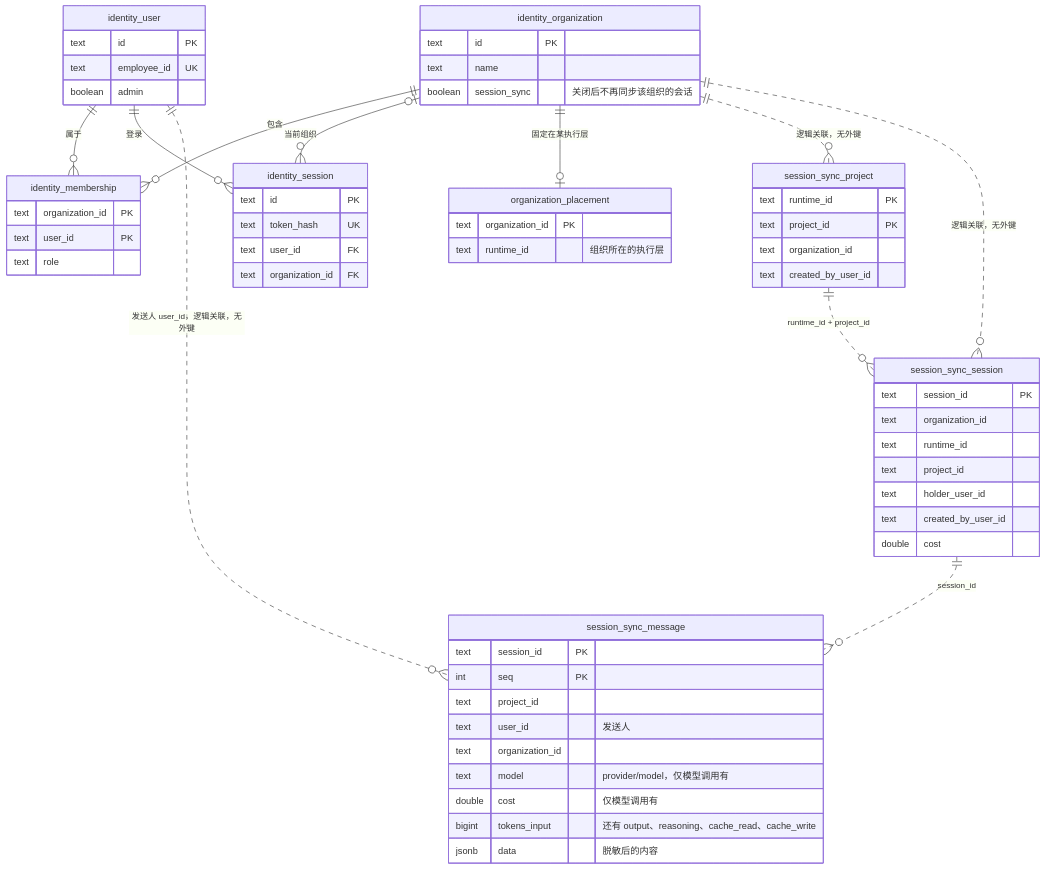
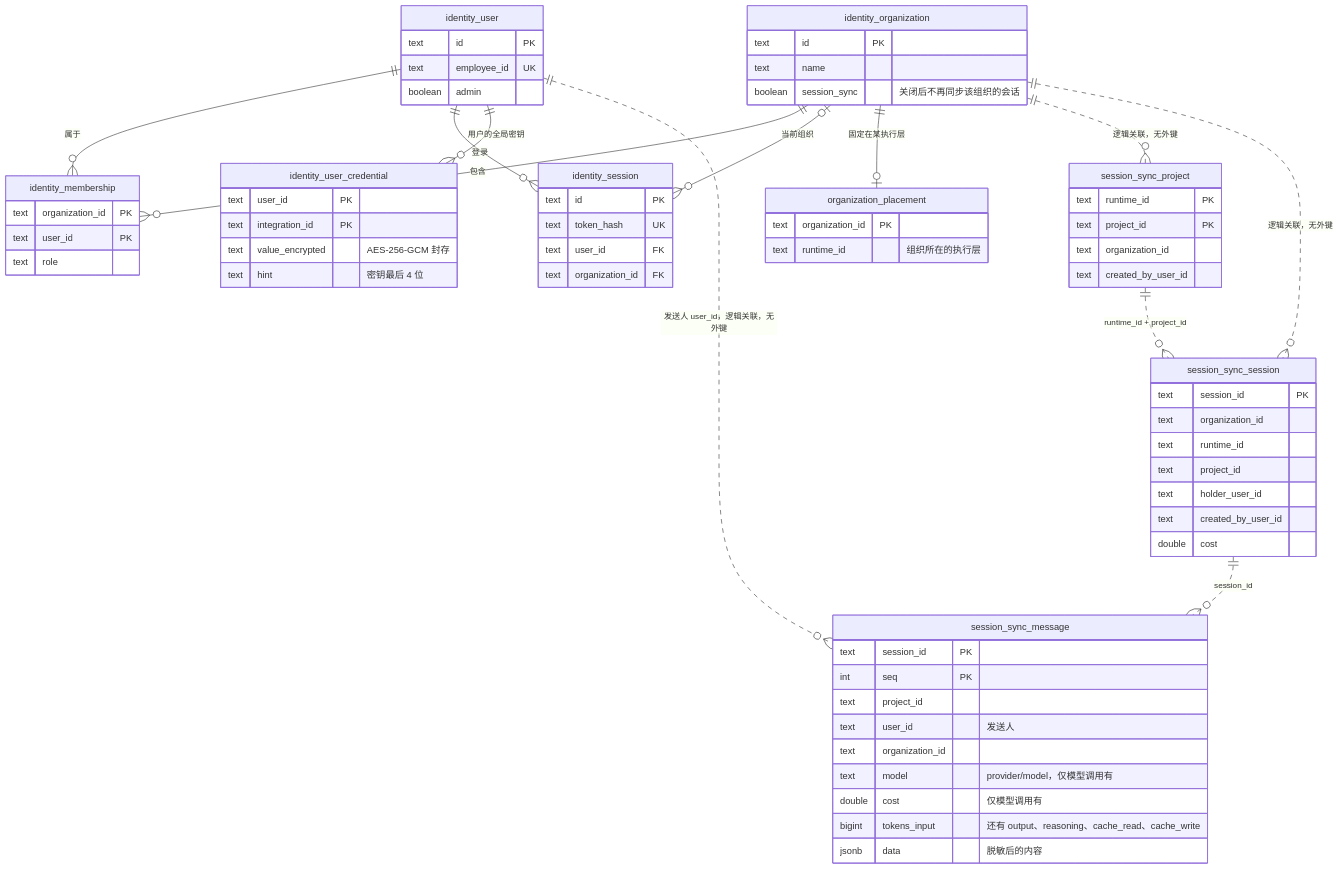
Before and after one commit to JackLuguibin/opencode-ex: the third of 3 diagrams in README.md, drawn with Mermaid. The commit also changed 24 other files, not shown here.

````diff
--- a/README.md
+++ b/README.md
@@ -130,65 +130,72 @@
 ```mermaid
 erDiagram
     identity_user ||--o{ identity_membership : "属于"
     identity_organization ||--o{ identity_membership : "包含"
     identity_user ||--o{ identity_session : "登录"
     identity_organization |o--o{ identity_session : "当前组织"
     identity_organization ||--o| organization_placement : "固定在某执行层"
     identity_organization ||..o{ session_sync_project : "逻辑关联，无外键"
     identity_organization ||..o{ session_sync_session : "逻辑关联，无外键"
     session_sync_project ||..o{ session_sync_session : "runtime_id + project_id"
     session_sync_session ||..o{ session_sync_message : "session_id"
+    identity_user ||--o{ identity_user_credential : "用户的全局密钥"
     identity_user ||..o{ session_sync_message : "发送人 user_id，逻辑关联，无外键"
 
     identity_user {
         text id PK
         text employee_id UK
         boolean admin
     }
     identity_organization {
         text id PK
         text name
         boolean session_sync "关闭后不再同步该组织的会话"
     }
     identity_membership {
         text organization_id PK
         text user_id PK
         text role
     }
     identity_session {
         text id PK
         text token_hash UK
         text user_id FK
         text organization_id FK
+    }
+    identity_user_credential {
+        text user_id PK
+        text integration_id PK
+        text value_encrypted "AES-256-GCM 封存"
+        text hint "密钥最后 4 位"
     }
     organization_placement {
         text organization_id PK
         text runtime_id "组织所在的执行层"
     }
     session_sync_project {
         text runtime_id PK
         text project_id PK
         text organization_id
         text created_by_user_id
     }
     session_sync_session {
         text session_id PK
         text organization_id
         text runtime_id
         text project_id
         text holder_user_id
         text created_by_user_id
         double cost
     }
     session_sync_message {
         text session_id PK
         int seq PK
         text project_id
         text user_id "发送人"
         text organization_id
         text model "provider/model，仅模型调用有"
         double cost "仅模型调用有"
         bigint tokens_input "还有 output、reasoning、cache_read、cache_write"
         jsonb data "脱敏后的内容"
     }
 ```
````
